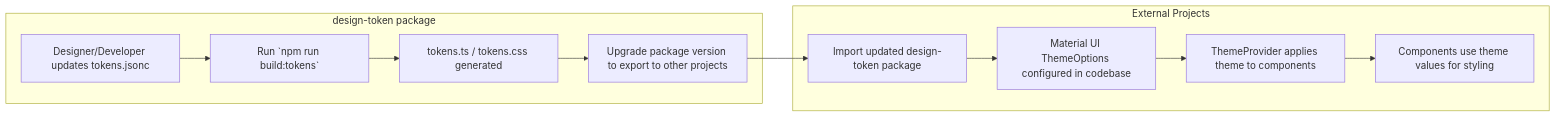
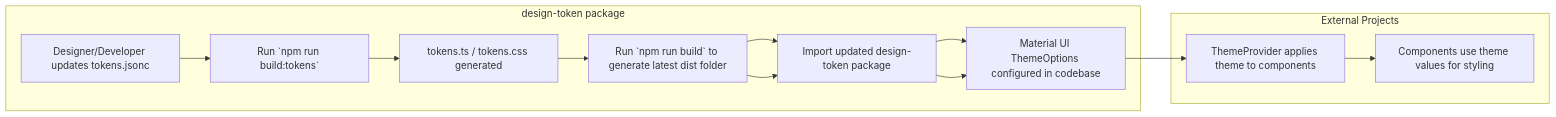
One commit to brandonhlk/design-tokens-react-mui changed the diagram in README.md. Above: the diagram before and after it, drawn with Mermaid. The commit also changed other lines of this file, not shown here.

````diff
--- a/README.md
+++ b/README.md
@@ -50,14 +30,16 @@
 ```mermaid
 flowchart LR
   subgraph design-token package
     A[Designer/Developer updates tokens.jsonc] --> B[Run `npm run build:tokens`]
     B --> C[tokens.ts / tokens.css generated]
-    C --> D[Upgrade package version to export to other projects]
+    C --> D[Run `npm run build` to generate latest dist folder]
+    D --> E[Upgrade package version]
+    E --> F[Publish latest package for other projects to import]
   end
   subgraph External Projects
     D --> E[Import updated design-token package]
     E --> F[Material UI ThemeOptions configured in codebase]
     F --> G[ThemeProvider applies theme to components]
     G --> H[Components use theme values for styling]
   end
 ```
````
